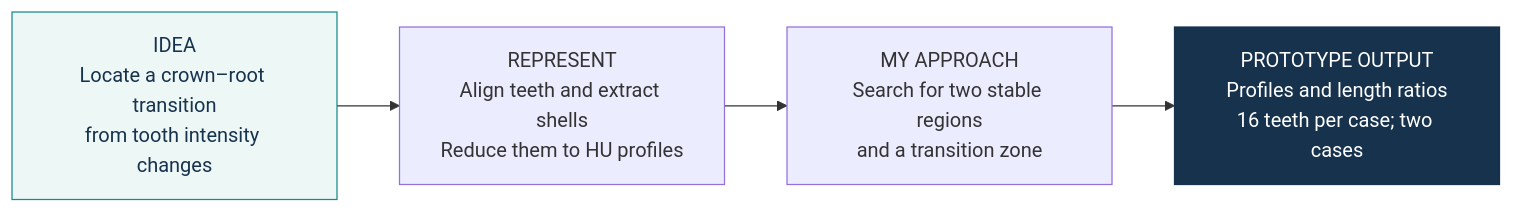
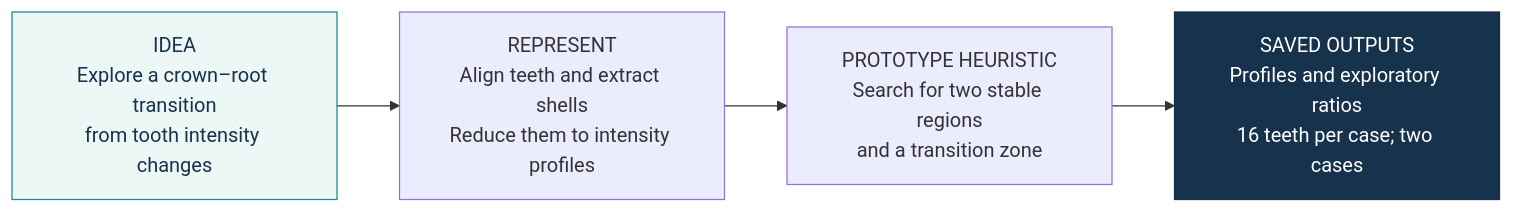
Before and after one commit to trungnb/Crown-Root-Transition-Morphometrics: the diagram in README.md, drawn with Mermaid. The commit also changed other lines of this file, not shown here.

Commit message:
Clarify exploratory prototype scope and limitations

````diff
--- a/README.md
+++ b/README.md
@@ -7,11 +10,11 @@
 ```mermaid
 flowchart LR
-    Q["IDEA<br/>Locate a crown–root transition<br/>from tooth intensity changes"]
-    Q --> A["REPRESENT<br/>Align teeth and extract shells<br/>Reduce them to HU profiles"]
-    A --> B["MY APPROACH<br/>Search for two stable regions<br/>and a transition zone"]
-    B --> C["PROTOTYPE OUTPUT<br/>Profiles and length ratios<br/>16 teeth per case; two cases"]
+    Q["IDEA<br/>Explore a crown–root transition<br/>from tooth intensity changes"]
+    Q --> A["REPRESENT<br/>Align teeth and extract shells<br/>Reduce them to intensity profiles"]
+    A --> B["PROTOTYPE HEURISTIC<br/>Search for two stable regions<br/>and a transition zone"]
+    B --> C["SAVED OUTPUTS<br/>Profiles and exploratory ratios<br/>16 teeth per case; two cases"]
     classDef idea fill:#EDF7F6,stroke:#168B8A,color:#17324D
     classDef output fill:#17324D,stroke:#17324D,color:#FFFFFF
     class Q idea
     class C output
 ```
````
